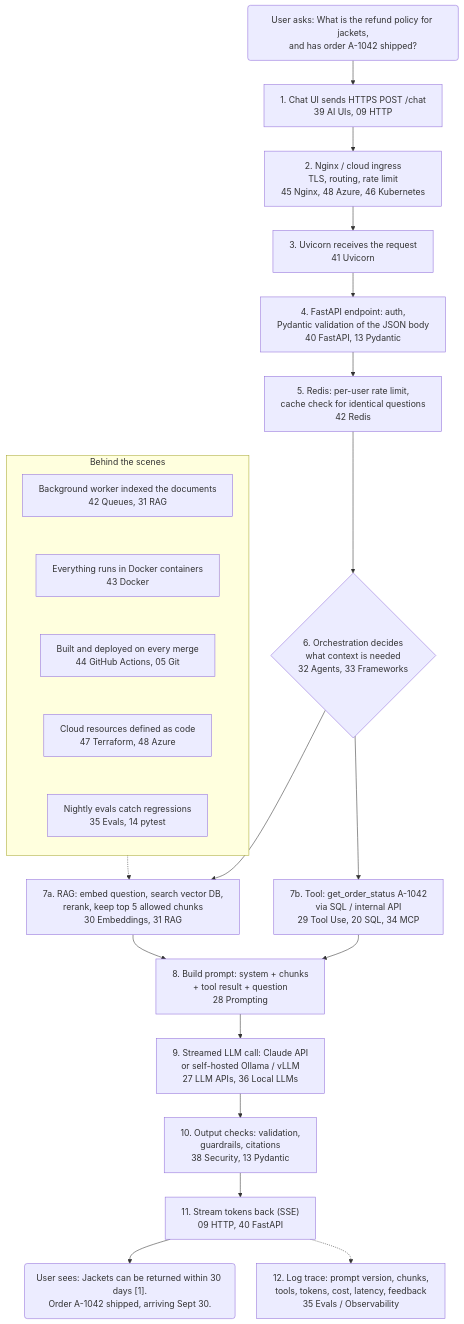
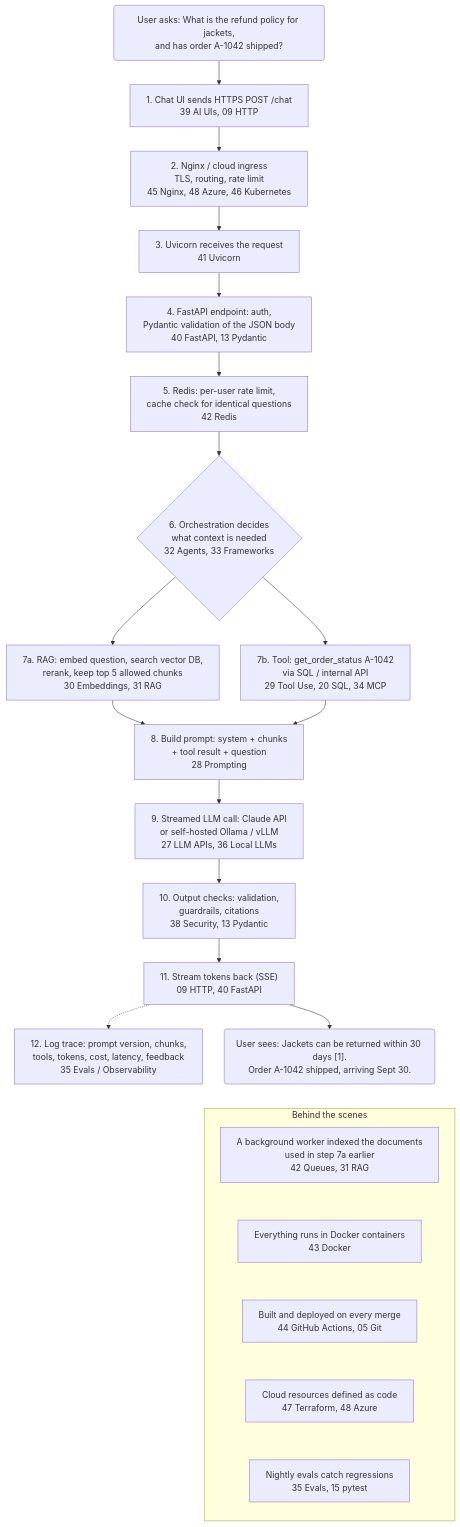
The first of 3 diagrams in guides/00_big-picture.md (harmandeep2993/cheatsheet), drawn with Mermaid before and after one commit. The commit also changed other lines of this file and 5 other files, not shown here.

First line of the commit message:
fix(site): readable diagrams on every screen size and no stale guide numbers

````diff
--- a/guides/00_big-picture.md
+++ b/guides/00_big-picture.md
@@ -90,36 +80,36 @@
 ```mermaid
 %%{init: {"flowchart": {"wrappingWidth": 360, "nodeSpacing": 40, "rankSpacing": 45}}}%%
 flowchart TD
     Q("User asks: What is the refund policy for jackets,<br/>and has order A-1042 shipped?")
     UI["1. Chat UI sends HTTPS POST /chat<br/>39 AI UIs, 09 HTTP"]
     EDGE["2. Nginx / cloud ingress<br/>TLS, routing, rate limit<br/>45 Nginx, 48 Azure, 46 Kubernetes"]
     SRV["3. Uvicorn receives the request<br/>41 Uvicorn"]
     API["4. FastAPI endpoint: auth,<br/>Pydantic validation of the JSON body<br/>40 FastAPI, 13 Pydantic"]
     CACHE["5. Redis: per-user rate limit,<br/>cache check for identical questions<br/>42 Redis"]
     ORCH{"6. Orchestration decides<br/>what context is needed<br/>32 Agents, 33 Frameworks"}
     RAG["7a. RAG: embed question, search vector DB,<br/>rerank, keep top 5 allowed chunks<br/>30 Embeddings, 31 RAG"]
     TOOL["7b. Tool: get_order_status A-1042<br/>via SQL / internal API<br/>29 Tool Use, 20 SQL, 34 MCP"]
     PROMPT["8. Build prompt: system + chunks<br/>+ tool result + question<br/>28 Prompting"]
     LLM["9. Streamed LLM call: Claude API<br/>or self-hosted Ollama / vLLM<br/>27 LLM APIs, 36 Local LLMs"]
     CHECK["10. Output checks: validation,<br/>guardrails, citations<br/>38 Security, 13 Pydantic"]
     STREAM["11. Stream tokens back (SSE)<br/>09 HTTP, 40 FastAPI"]
     LOG["12. Log trace: prompt version, chunks,<br/>tools, tokens, cost, latency, feedback<br/>35 Evals / Observability"]
     A("User sees: Jackets can be returned within 30 days [1].<br/>Order A-1042 shipped, arriving Sept 30.")
 
     Q --> UI --> EDGE --> SRV --> API --> CACHE --> ORCH
     ORCH --> RAG --> PROMPT
     ORCH --> TOOL --> PROMPT
     PROMPT --> LLM --> CHECK --> STREAM --> A
     STREAM -.-> LOG
 
     subgraph BEHIND ["Behind the scenes"]
         direction TB
-        IDX["Background worker indexed the documents<br/>42 Queues, 31 RAG"]
+        IDX["A background worker indexed the documents<br/>used in step 7a earlier<br/>42 Queues, 31 RAG"]
         DOCK["Everything runs in Docker containers<br/>43 Docker"]
         CICD["Built and deployed on every merge<br/>44 GitHub Actions, 05 Git"]
         IAC["Cloud resources defined as code<br/>47 Terraform, 48 Azure"]
-        EVAL["Nightly evals catch regressions<br/>35 Evals, 14 pytest"]
+        EVAL["Nightly evals catch regressions<br/>35 Evals, 15 pytest"]
     end
     IDX ~~~ DOCK ~~~ CICD ~~~ IAC ~~~ EVAL
-    IDX -.-> RAG
+    A ~~~ BEHIND
 ```
````
